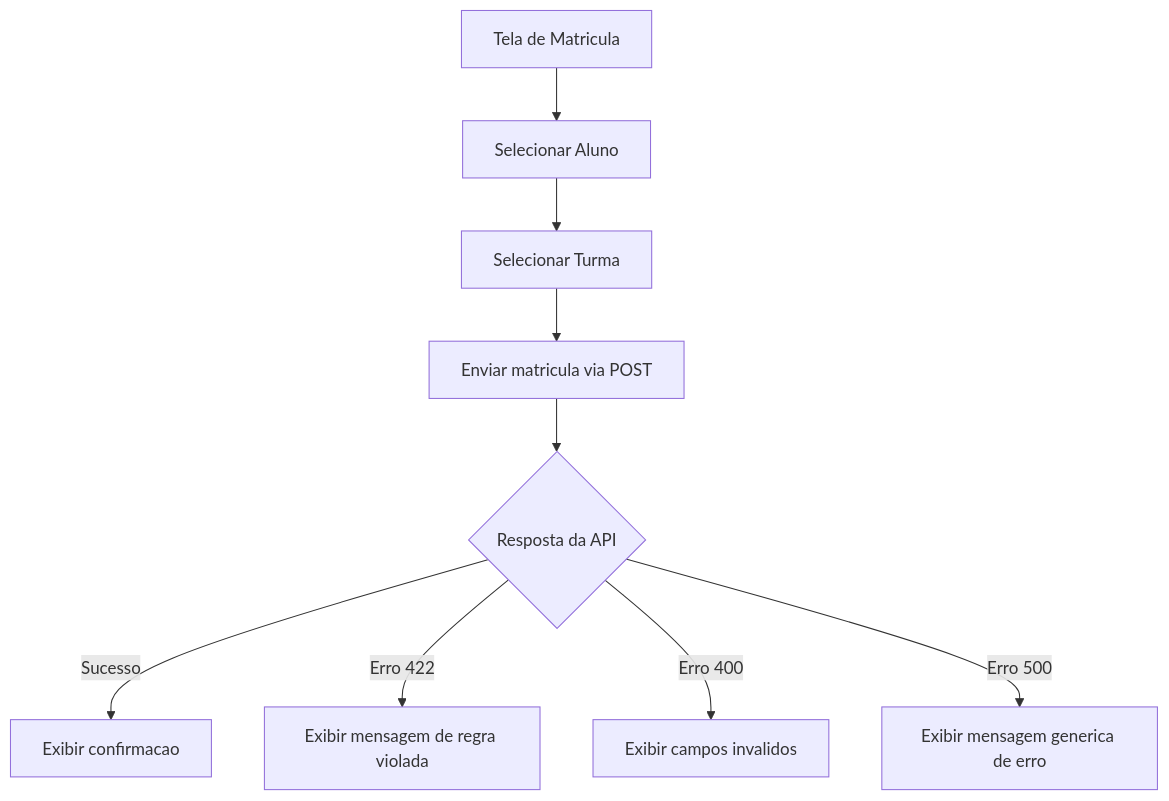
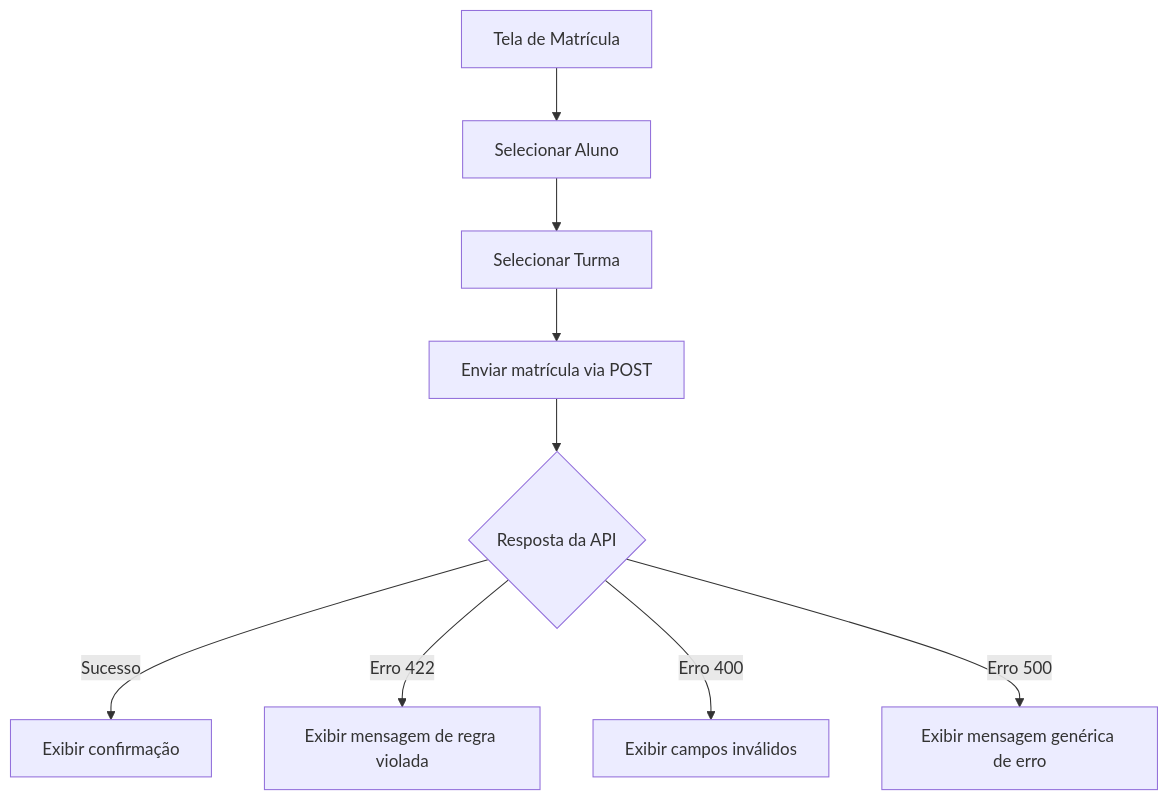
The first of 2 diagrams in docs/04-requisitos-frontend.md (bruno-cabral/matricula-online), drawn with Mermaid before and after one commit. The commit also changed other lines of this file and 56 other files, not shown here.

````diff
--- a/docs/04-requisitos-frontend.md
+++ b/docs/04-requisitos-frontend.md
@@ -92,11 +92,11 @@
 ```mermaid
 flowchart TD
-    A[Tela de Matricula] --> B[Selecionar Aluno]
+    A[Tela de Matrícula] --> B[Selecionar Aluno]
     B --> C[Selecionar Turma]
-    C --> D[Enviar matricula via POST]
+    C --> D[Enviar matrícula via POST]
     D --> E{Resposta da API}
-    E -->|Sucesso| F[Exibir confirmacao]
+    E -->|Sucesso| F[Exibir confirmação]
     E -->|Erro 422| G[Exibir mensagem de regra violada]
-    E -->|Erro 400| H[Exibir campos invalidos]
-    E -->|Erro 500| I[Exibir mensagem generica de erro]
+    E -->|Erro 400| H[Exibir campos inválidos]
+    E -->|Erro 500| I[Exibir mensagem genérica de erro]
 ```
````
